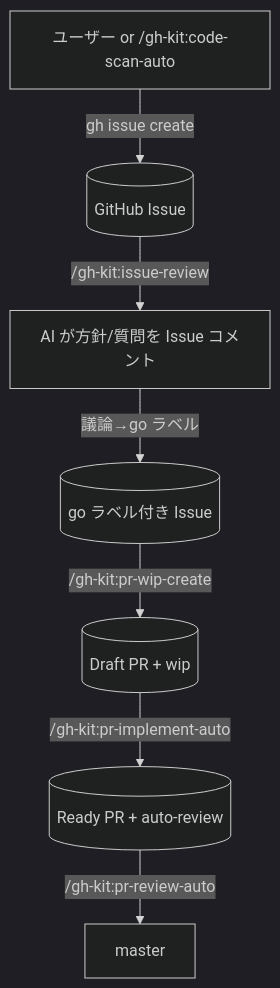
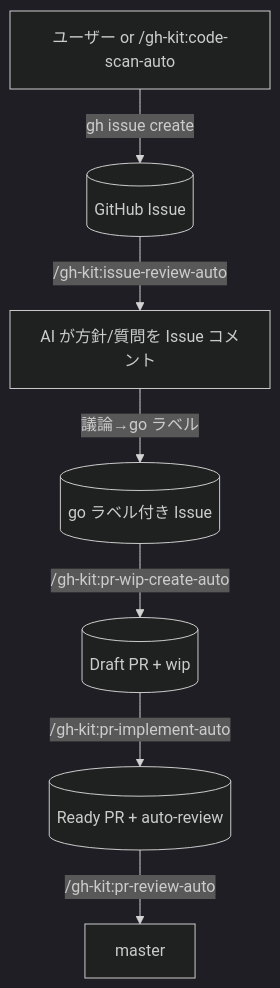
Before and after one commit to shuhei1101/my-plugins: the first of 3 diagrams in .work/notes/プラグイン/gh-kitプラグイン.md, drawn with Mermaid (dark theme). The commit also changed other lines of this file and 23 other files, not shown here.

````diff
--- a/.work/notes/プラグイン/gh-kitプラグイン.md
+++ b/.work/notes/プラグイン/gh-kitプラグイン.md
@@ -12,9 +12,9 @@
 ```mermaid
 flowchart TD
   U[ユーザー or /gh-kit:code-scan-auto] -->|gh issue create| Issue[(GitHub Issue)]
-  Issue -->|/gh-kit:issue-review| Review[AI が方針/質問を Issue コメント]
+  Issue -->|/gh-kit:issue-review-auto| Review[AI が方針/質問を Issue コメント]
   Review -->|議論→go ラベル| Go[(go ラベル付き Issue)]
-  Go -->|/gh-kit:pr-wip-create| WIP[(Draft PR + wip)]
+  Go -->|/gh-kit:pr-wip-create-auto| WIP[(Draft PR + wip)]
   WIP -->|/gh-kit:pr-implement-auto| Ready[(Ready PR + auto-review)]
   Ready -->|/gh-kit:pr-review-auto| Master[master]
 ```
````
